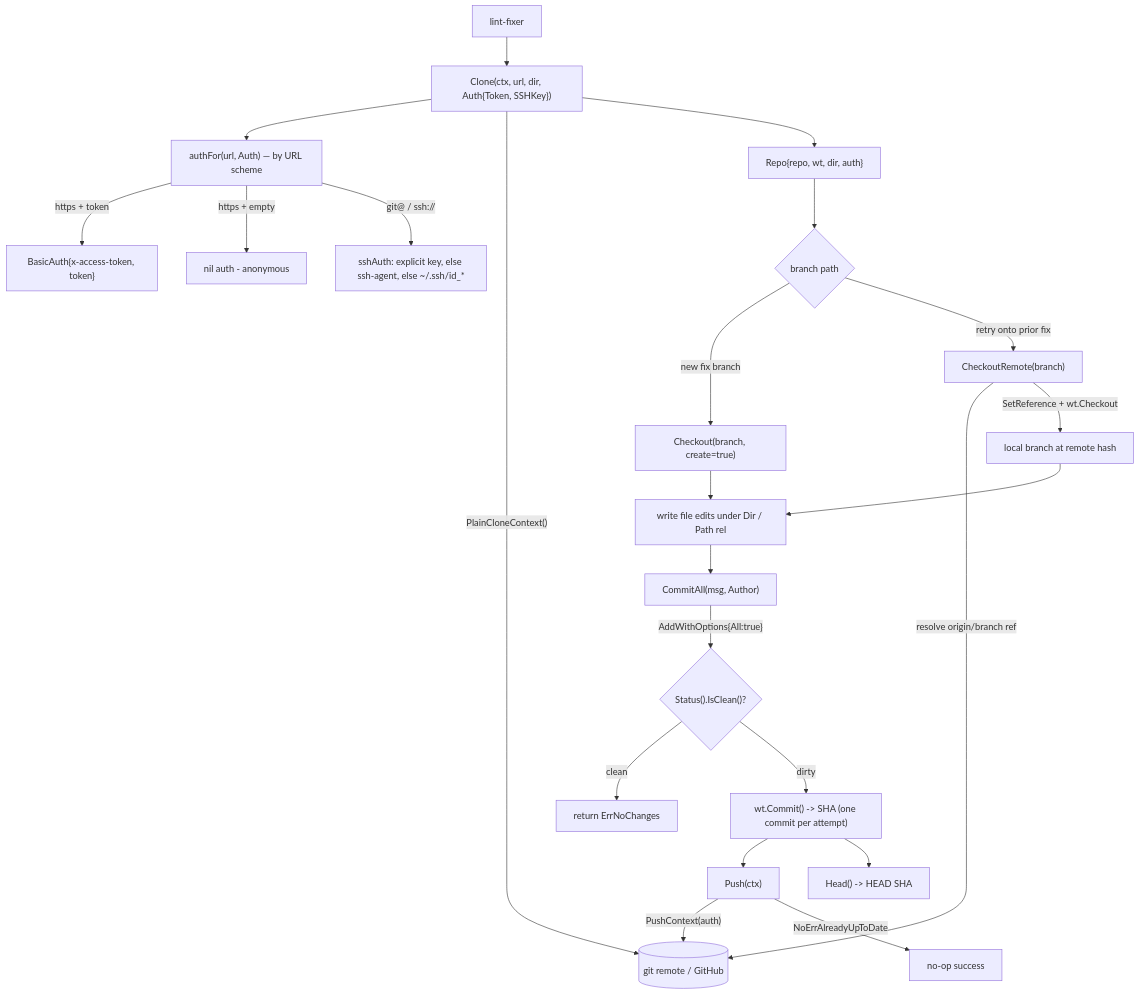
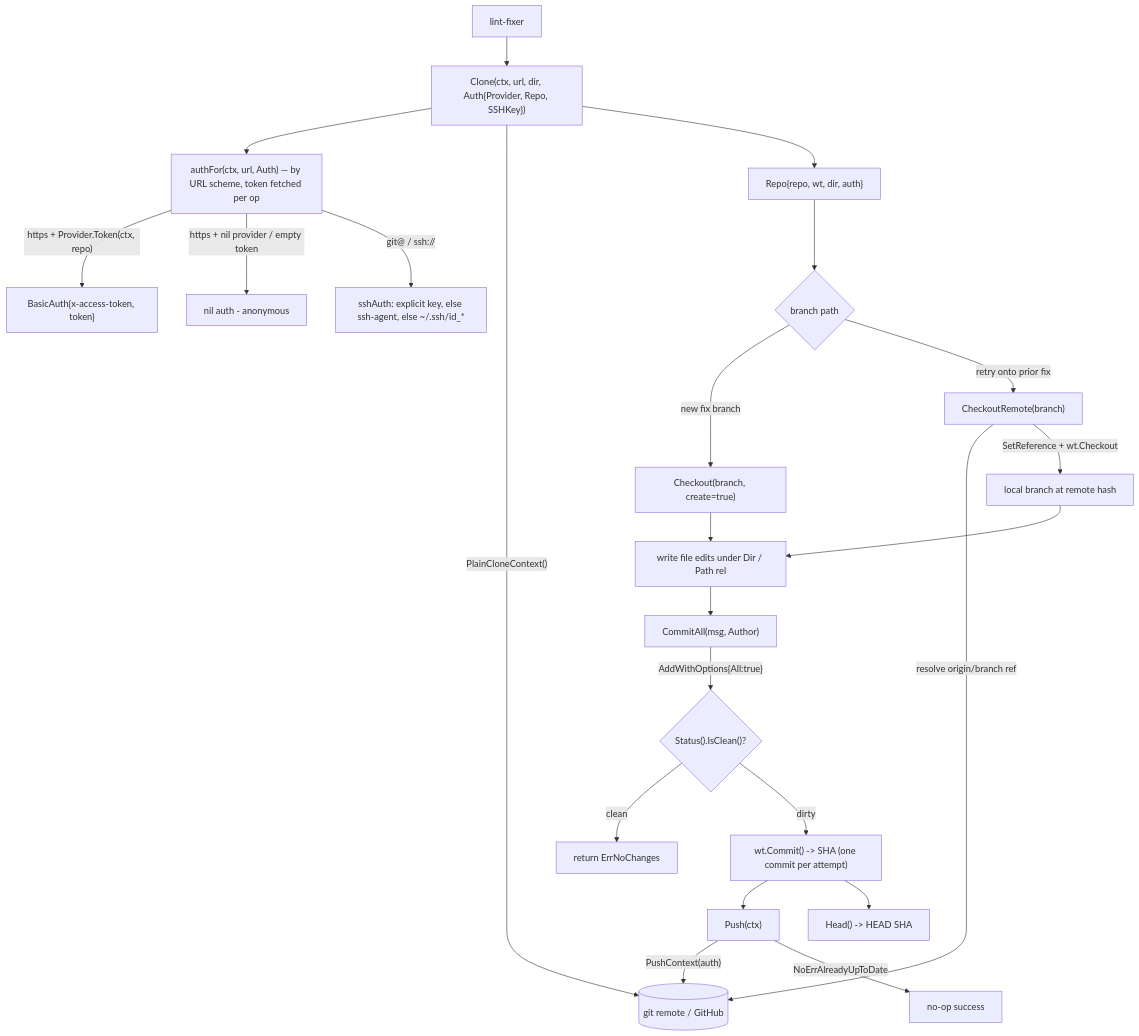
The diagram in go/internal/gitrepo/AGENTS.md (jkjamies/automation-agent), drawn with Mermaid before and after one commit. The commit also changed other lines of this file and 20 other files, not shown here.

````diff
--- a/go/internal/gitrepo/AGENTS.md
+++ b/go/internal/gitrepo/AGENTS.md
@@ -7,27 +7,27 @@
 ```mermaid
 flowchart TD
-    LF[lint-fixer] --> CL["Clone(ctx, url, dir, Auth{Token, SSHKey})"]
-    CL --> AF["authFor(url, Auth) — by URL scheme"]
-    AF -->|"https + token"| BA["BasicAuth{x-access-token, token}"]
-    AF -->|"https + empty"| NIL[nil auth - anonymous]
+    LF[lint-fixer] --> CL["Clone(ctx, url, dir, Auth{Provider, Repo, SSHKey})"]
+    CL --> AF["authFor(ctx, url, Auth) — by URL scheme, token fetched per op"]
+    AF -->|"https + Provider.Token(ctx, repo)"| BA["BasicAuth{x-access-token, token}"]
+    AF -->|"https + nil provider / empty token"| NIL[nil auth - anonymous]
     AF -->|"git@ / ssh://"| SSH["sshAuth: explicit key, else ssh-agent, else ~/.ssh/id_*"]
     CL -->|"PlainCloneContext()"| REM[(git remote / GitHub)]
     CL --> REPO["Repo{repo, wt, dir, auth}"]
 
     REPO --> BR{branch path}
     BR -->|new fix branch| CO["Checkout(branch, create=true)"]
     BR -->|retry onto prior fix| COR["CheckoutRemote(branch)"]
     COR -->|"resolve origin/branch ref"| REM
     COR -->|SetReference + wt.Checkout| LOCAL[local branch at remote hash]
 
     CO --> EDIT[write file edits under Dir / Path rel]
     LOCAL --> EDIT
     EDIT --> CA["CommitAll(msg, Author)"]
     CA -->|"AddWithOptions{All:true}"| ST{"Status().IsClean()?"}
     ST -->|clean| NC["return ErrNoChanges"]
     ST -->|dirty| CMT["wt.Commit() -> SHA (one commit per attempt)"]
     CMT --> PUSH["Push(ctx)"]
     PUSH -->|"PushContext(auth)"| REM
     PUSH -->|NoErrAlreadyUpToDate| OKUP[no-op success]
     CMT --> HEAD["Head() -> HEAD SHA"]
 ```
````
